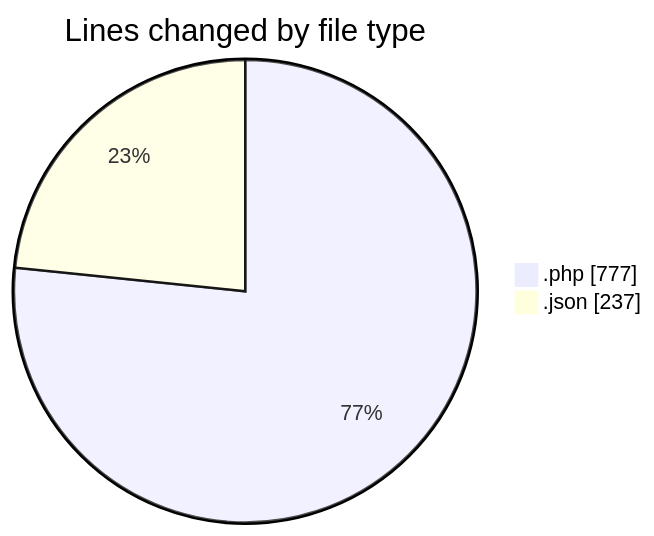
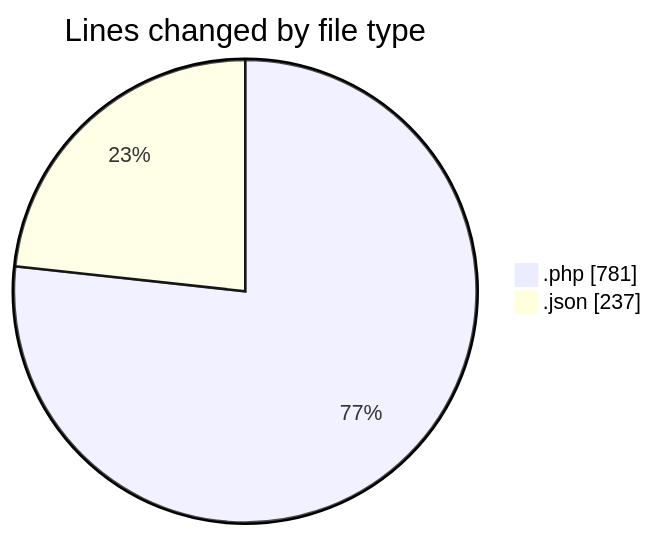
One commit to idhammustaqopulfikri/code-tracking changed the first of 2 diagrams in 2025-06-17/studio-backend/README.md. Above: the diagram before and after it, drawn with Mermaid. The commit also changed other lines of this file and 1 other file, not shown here.

````diff
--- a/2025-06-17/studio-backend/README.md
+++ b/2025-06-17/studio-backend/README.md
@@ -23,6 +23,6 @@
 ```mermaid
 pie showData
 title Lines changed by file type
-".php" : 777
+".php" : 781
 ".json" : 237
 ```
````
